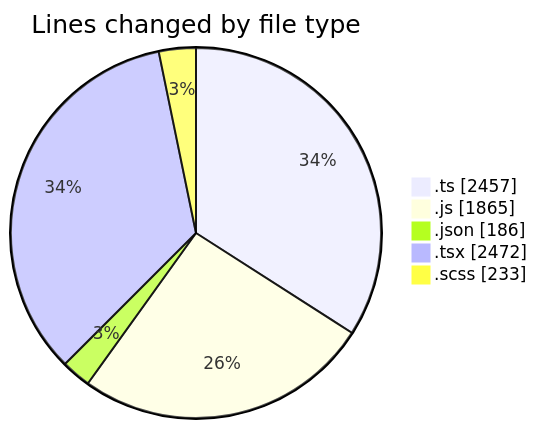
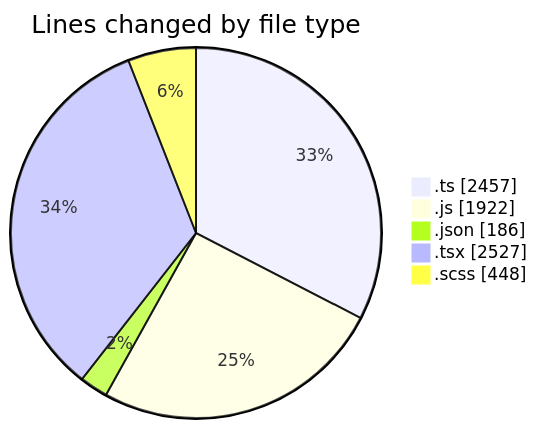
One commit to momahboobian/code-tracking changed the first of 2 diagrams in 2026-06-18/cda/README.md. Above: the diagram before and after it, drawn with Mermaid. The commit also changed other lines of this file and 1 other file, not shown here.

````diff
--- a/2026-06-18/cda/README.md
+++ b/2026-06-18/cda/README.md
@@ -54,9 +55,9 @@
 ```mermaid
 pie showData
 title Lines changed by file type
 ".ts" : 2457
-".js" : 1865
+".js" : 1922
 ".json" : 186
-".tsx" : 2472
-".scss" : 233
+".tsx" : 2527
+".scss" : 448
 ```
````
